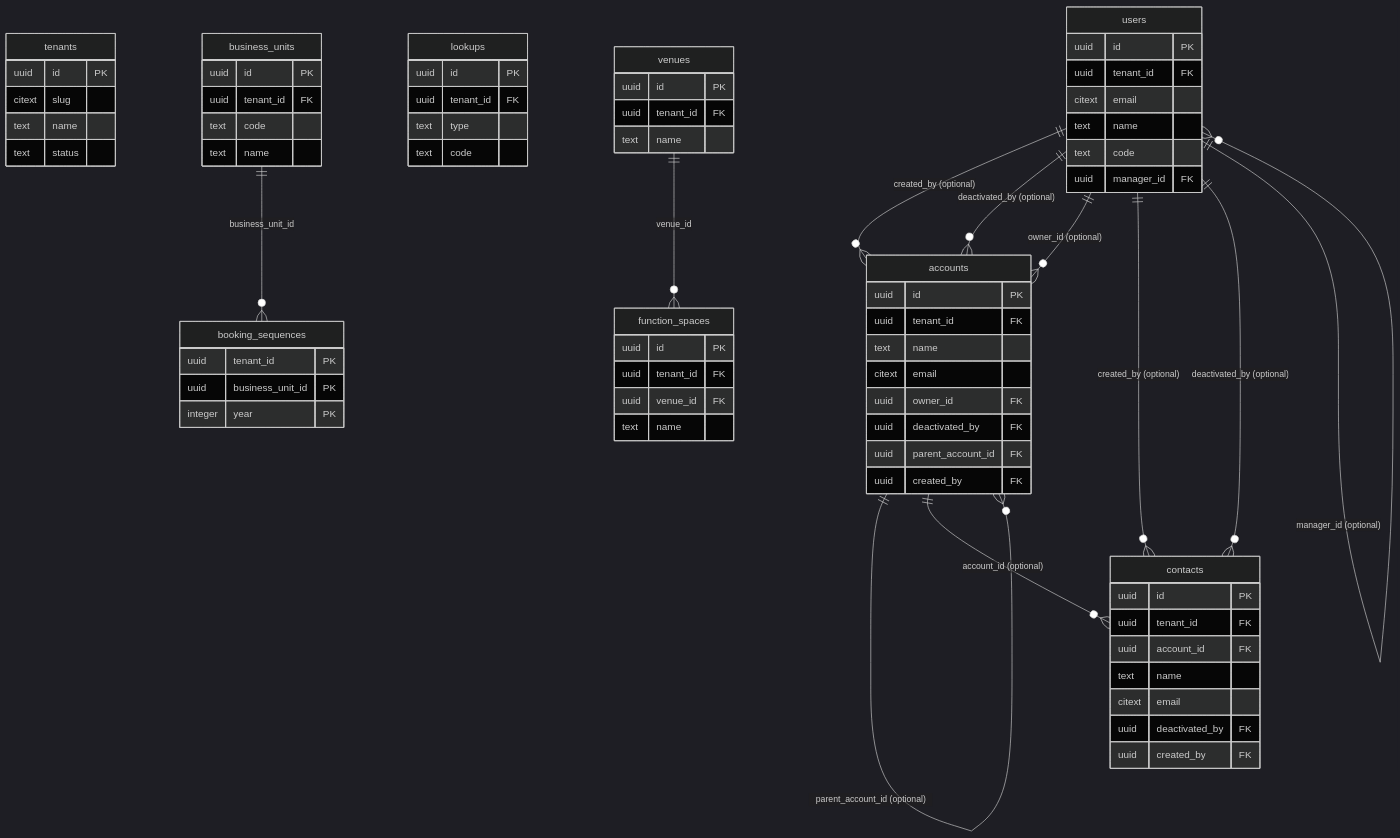
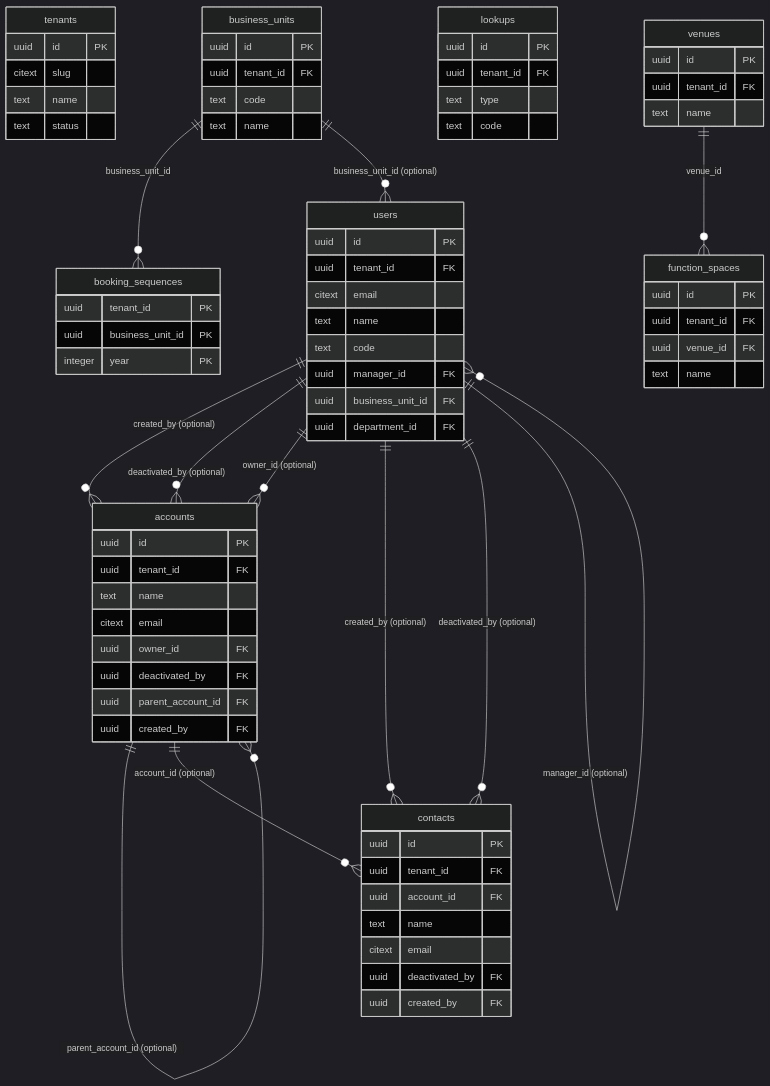
The second of 3 diagrams in docs/DATABASE.md (AlaaOpsAi/SaaSERP), drawn with Mermaid (dark theme) before and after one commit. The commit also changed other lines of this file and 37 other files, not shown here.

````diff
--- a/docs/DATABASE.md
+++ b/docs/DATABASE.md
@@ -78,74 +80,77 @@
 ```mermaid
 erDiagram
   tenants {
     uuid id PK
     citext slug
     text name
     text status
   }
   business_units {
     uuid id PK
     uuid tenant_id FK
     text code
     text name
   }
   booking_sequences {
     uuid tenant_id PK
     uuid business_unit_id PK
     integer year PK
   }
   lookups {
     uuid id PK
     uuid tenant_id FK
     text type
     text code
   }
   venues {
     uuid id PK
     uuid tenant_id FK
     text name
   }
   function_spaces {
     uuid id PK
     uuid tenant_id FK
     uuid venue_id FK
     text name
   }
   accounts {
     uuid id PK
     uuid tenant_id FK
     text name
     citext email
     uuid owner_id FK
     uuid deactivated_by FK
     uuid parent_account_id FK
     uuid created_by FK
   }
   contacts {
     uuid id PK
     uuid tenant_id FK
     uuid account_id FK
     text name
     citext email
     uuid deactivated_by FK
     uuid created_by FK
   }
   users {
     uuid id PK
     uuid tenant_id FK
     citext email
     text name
     text code
     uuid manager_id FK
+    uuid business_unit_id FK
+    uuid department_id FK
   }
   users ||--o{ accounts : "created_by (optional)"
   users ||--o{ accounts : "deactivated_by (optional)"
   users ||--o{ accounts : "owner_id (optional)"
   accounts ||--o{ accounts : "parent_account_id (optional)"
   business_units ||--o{ booking_sequences : "business_unit_id"
   accounts ||--o{ contacts : "account_id (optional)"
   users ||--o{ contacts : "created_by (optional)"
   users ||--o{ contacts : "deactivated_by (optional)"
   venues ||--o{ function_spaces : "venue_id"
+  business_units ||--o{ users : "business_unit_id (optional)"
   users ||--o{ users : "manager_id (optional)"
 ```
````
